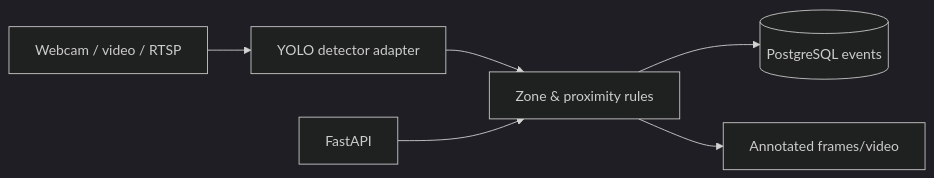
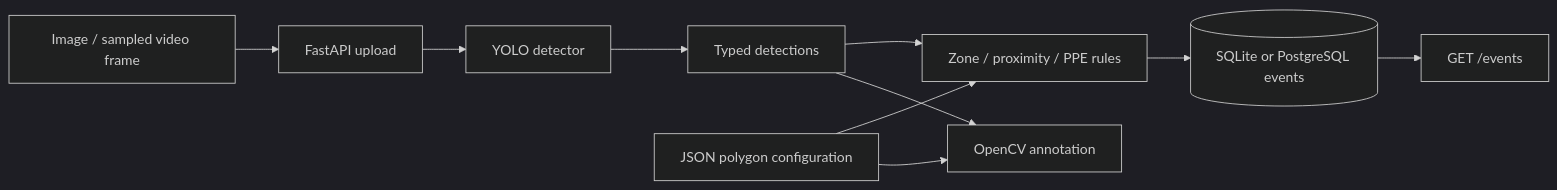
The diagram in README.md (faizansahi/warehouse-safety-vision), drawn with Mermaid (dark theme) before and after one commit. The commit also changed other lines of this file and 23 other files, not shown here.

Commit message:
docs: add architecture and verified demo evidence

````diff
--- a/README.md
+++ b/README.md
@@ -5,6 +32,12 @@
 ```mermaid
 flowchart LR
- Camera[Webcam / video / RTSP] --> YOLO[YOLO detector adapter] --> Rules[Zone & proximity rules] --> Events[(PostgreSQL events)]
- Rules --> Annotated[Annotated frames/video]
- API[FastAPI] --> Rules
+  Image[Image / sampled video frame] --> API[FastAPI upload]
+  API --> YOLO[YOLO detector]
+  YOLO --> D[Typed detections]
+  Zones[JSON polygon configuration] --> Rules[Zone / proximity / PPE rules]
+  D --> Rules
+  Rules --> DB[(SQLite or PostgreSQL events)]
+  D --> Draw[OpenCV annotation]
+  Zones --> Draw
+  DB --> Events[GET /events]
 ```
````
